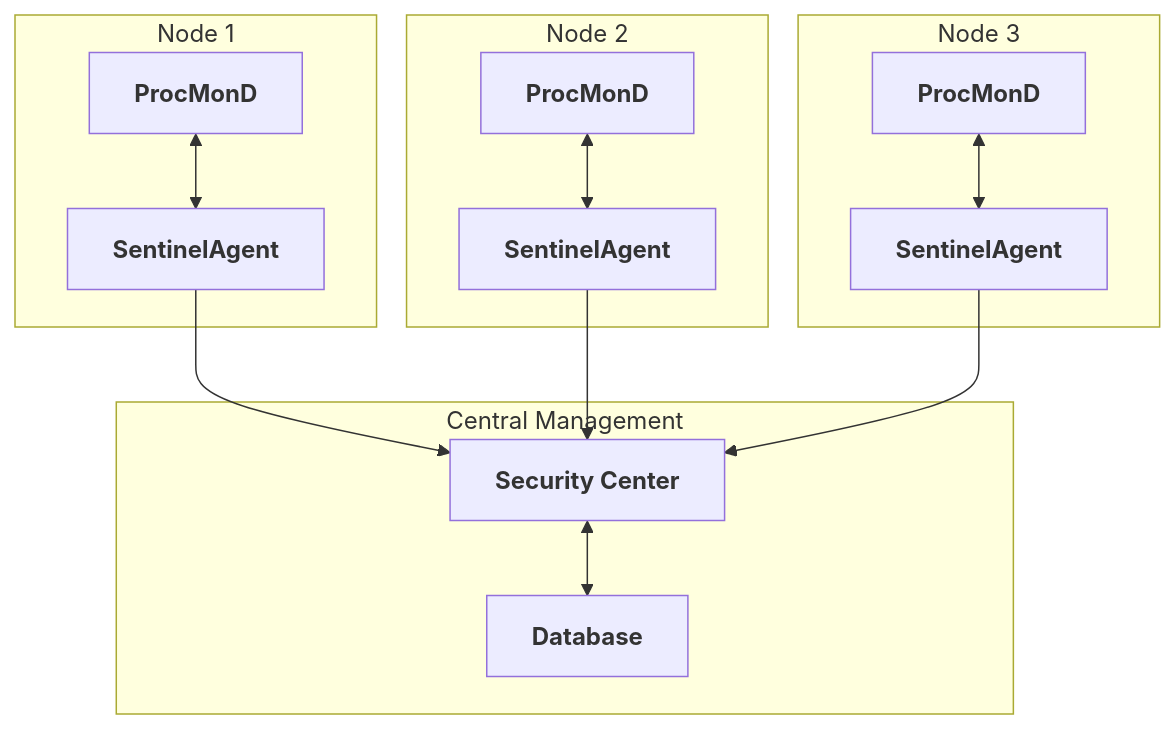
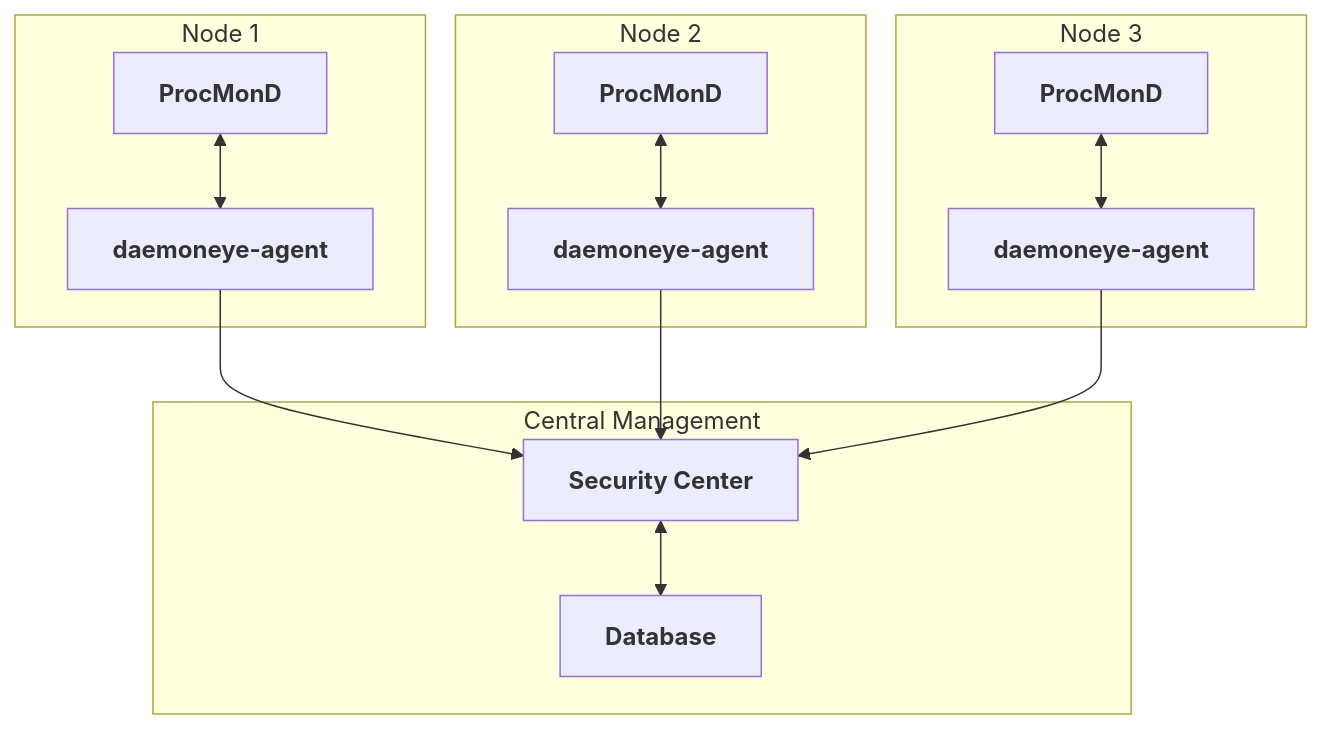
Before and after one commit to EvilBit-Labs/DaemonEye: the second of 3 diagrams in docs/src/deployment.md, drawn with Mermaid. The commit also changed other lines of this file and 24 other files, not shown here.

````diff
--- a/docs/src/deployment.md
+++ b/docs/src/deployment.md
@@ -91,30 +91,30 @@
 ```mermaid
 graph TB
     subgraph "Node 1"
         A1[<b>ProcMonD</b>]
-        B1[<b>SentinelAgent</b>]
+        B1[<b>daemoneye-agent</b>]
         A1 <--> B1
     end
 
     subgraph "Node 2"
         A2[<b>ProcMonD</b>]
-        B2[<b>SentinelAgent</b>]
+        B2[<b>daemoneye-agent</b>]
         A2 <--> B2
     end
 
     subgraph "Node 3"
         A3[<b>ProcMonD</b>]
-        B3[<b>SentinelAgent</b>]
+        B3[<b>daemoneye-agent</b>]
         A3 <--> B3
     end
 
     subgraph "Central Management"
         C[<b>Security Center</b>]
         D[<b>Database</b>]
         C <--> D
     end
 
     B1 --> C
     B2 --> C
     B3 --> C
 ```
````
